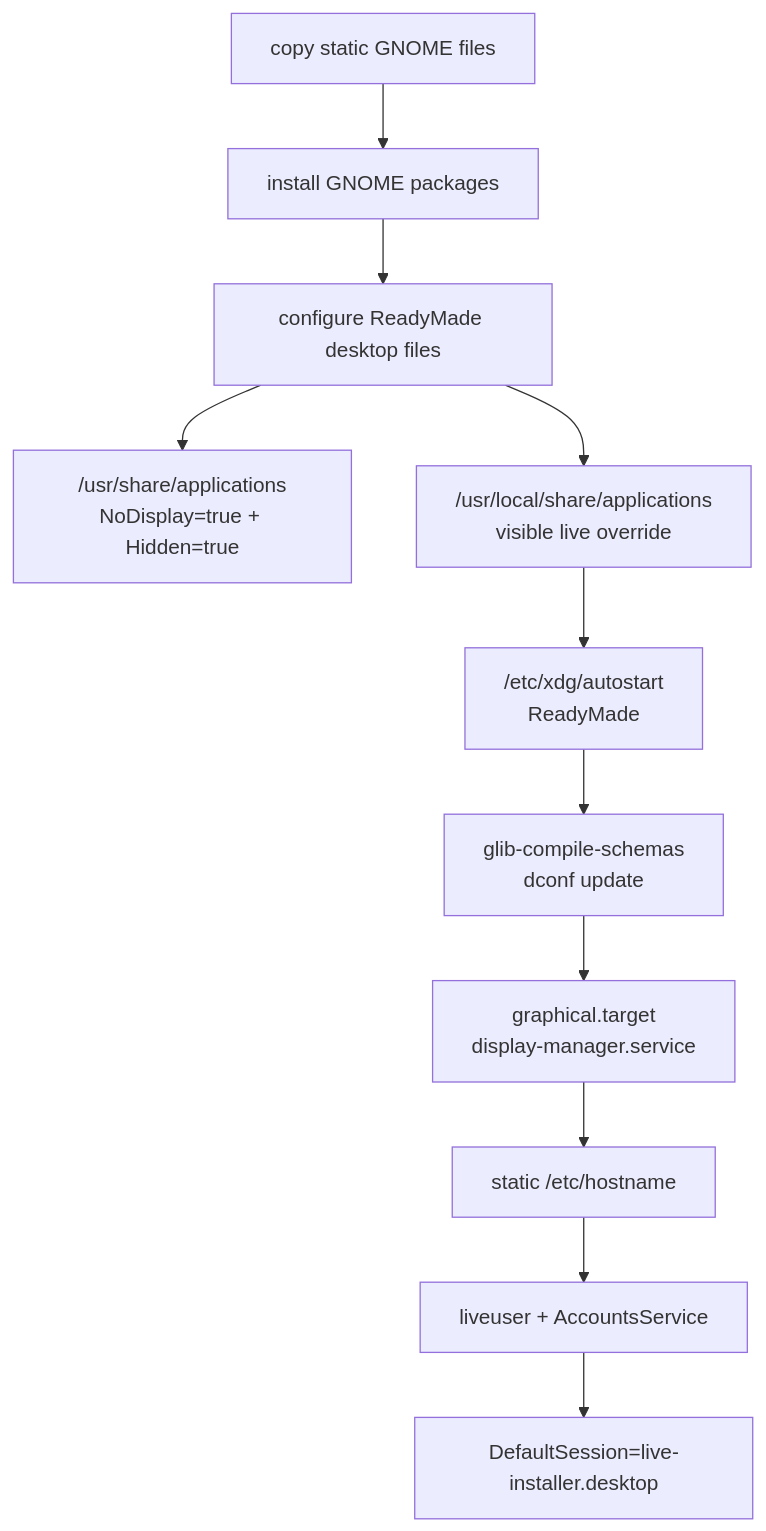
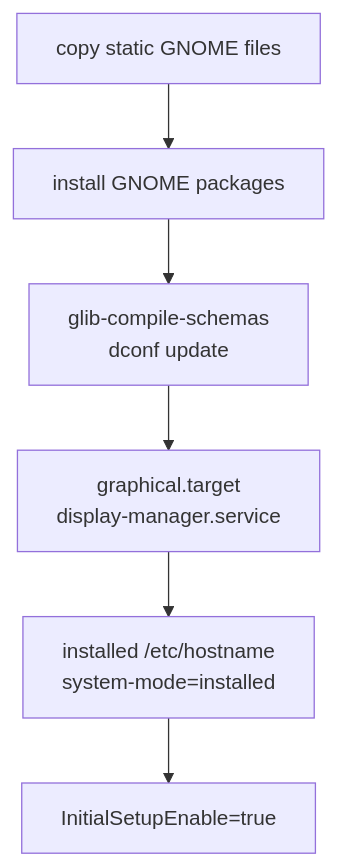
Before and after one commit to luminusOS/images: the fifth of 15 diagrams in ARCHITECTURE.md, drawn with Mermaid. The commit also changed other lines of this file and 34 other files, not shown here.

````diff
--- a/ARCHITECTURE.md
+++ b/ARCHITECTURE.md
@@ -297,19 +291,11 @@
 ```mermaid
 flowchart TD
     Files["copy static GNOME files"]
     Packages["install GNOME packages"]
-    ReadyMadeDesktop["configure ReadyMade desktop files"]
-    HiddenSystemEntry["/usr/share/applications<br/>NoDisplay=true + Hidden=true"]
-    LiveVisibleEntry["/usr/local/share/applications<br/>visible live override"]
-    Autostart["/etc/xdg/autostart<br/>ReadyMade"]
     Schemas["glib-compile-schemas<br/>dconf update"]
     GDM["graphical.target<br/>display-manager.service"]
-    Hostname["static /etc/hostname"]
-    LiveUser["liveuser + AccountsService"]
-    Session["DefaultSession=live-installer.desktop"]
+    Hostname["installed /etc/hostname<br/>system-mode=installed"]
+    InitialSetup["InitialSetupEnable=true"]
 
-    Files --> Packages --> ReadyMadeDesktop
-    ReadyMadeDesktop --> HiddenSystemEntry
-    ReadyMadeDesktop --> LiveVisibleEntry --> Autostart
-    Autostart --> Schemas --> GDM --> Hostname --> LiveUser --> Session
+    Files --> Packages --> Schemas --> GDM --> Hostname --> InitialSetup
 ```
````
